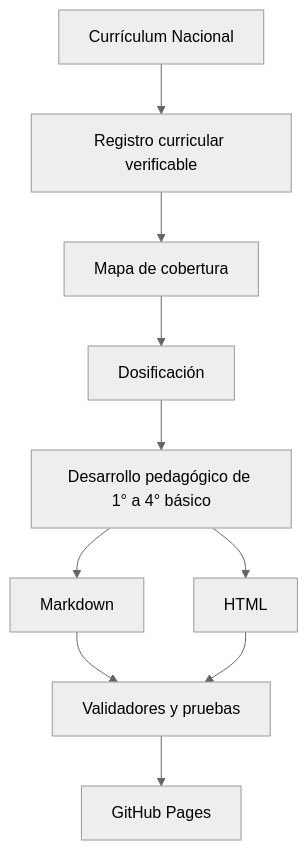
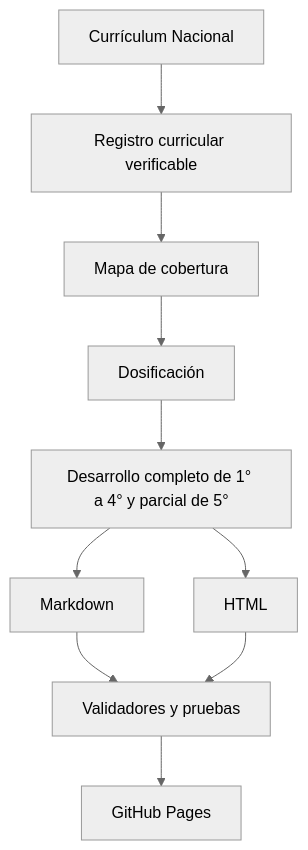
One commit to vladimiracunadev-create/chilean-school-learning-path changed the second of 2 diagrams in README.md. Above: the diagram before and after it, drawn with Mermaid (neutral theme). The commit also changed other lines of this file and 293 other files, not shown here.

````diff
--- a/README.md
+++ b/README.md
@@ -333,12 +346,12 @@
 ```mermaid
 flowchart TD
     A[Currículum Nacional] --> B[Registro curricular verificable]
     B --> C[Mapa de cobertura]
     C --> D[Dosificación]
-    D --> E[Desarrollo pedagógico de 1° a 4° básico]
+    D --> E[Desarrollo completo de 1° a 4° y parcial de 5°]
     E --> F[Markdown]
     E --> G[HTML]
     F --> H[Validadores y pruebas]
     G --> H
     H --> I[GitHub Pages]
 ```
````
